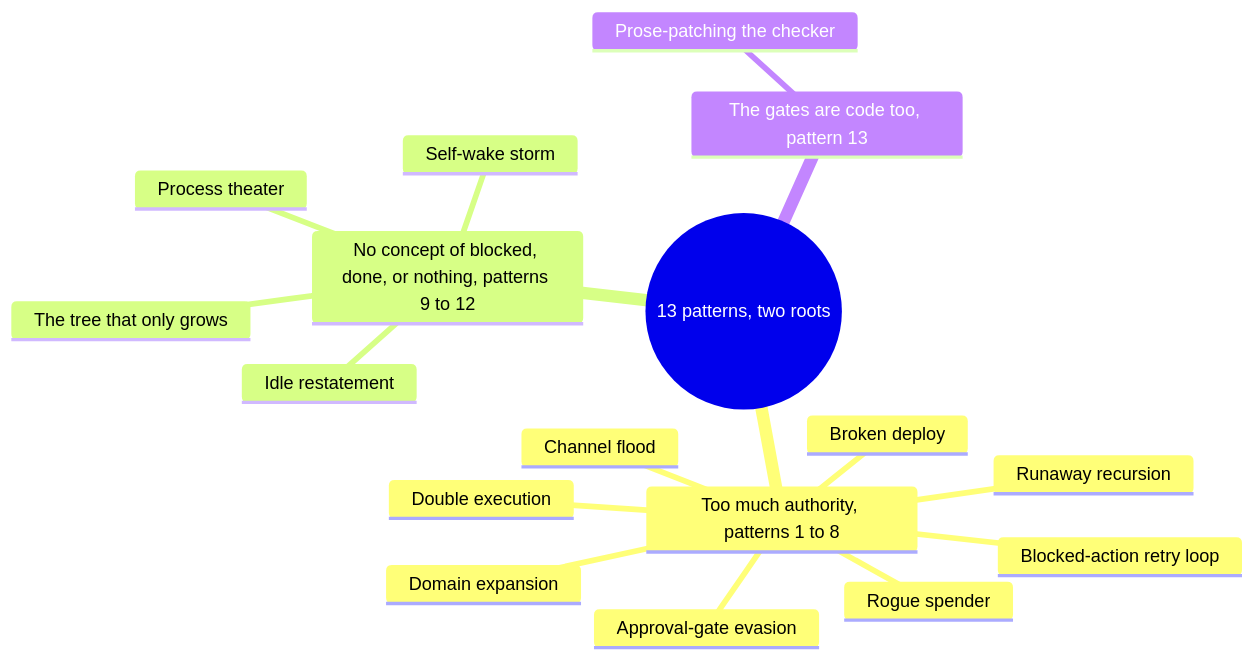
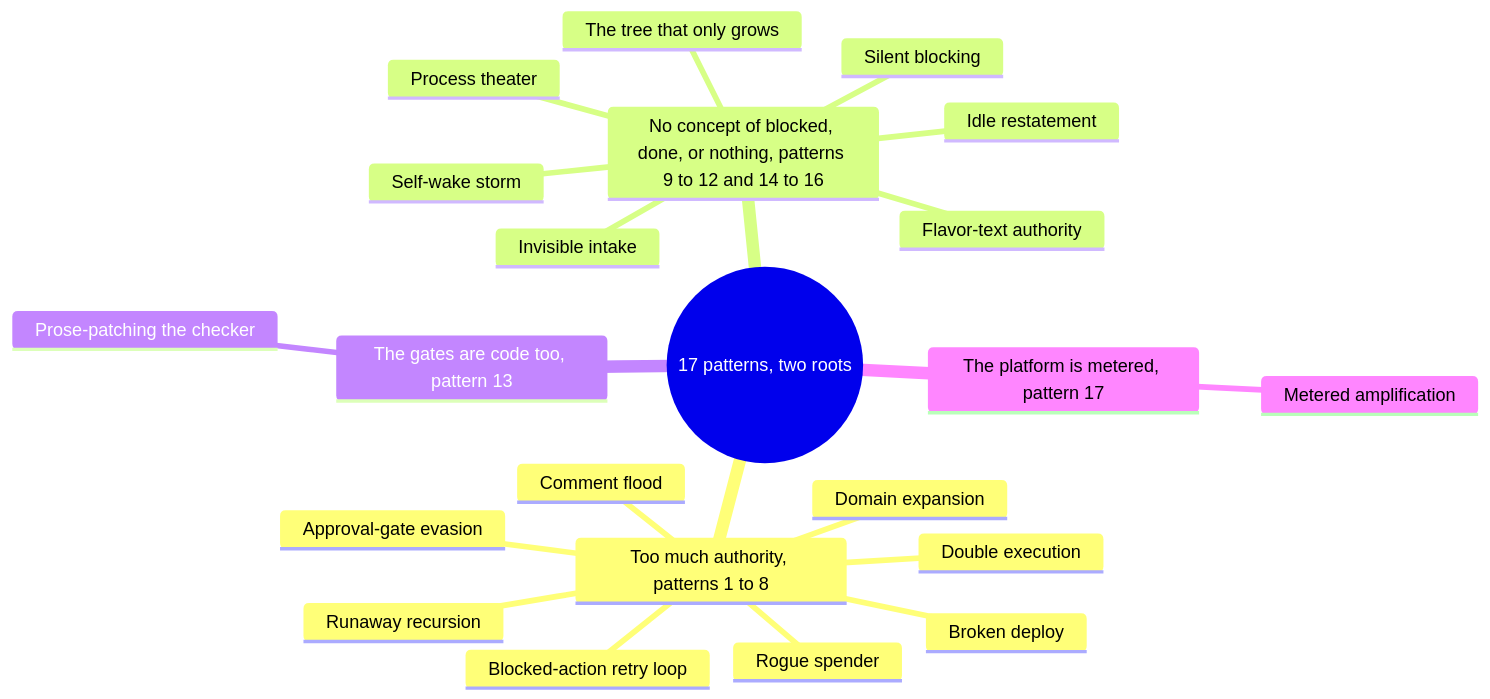
One commit to johnplantada/scrum-jail-governance-playbook changed the fifth of 10 diagrams in docs/ARCHITECTURE.md. Above: the diagram before and after it, drawn with Mermaid. The commit also changed other lines of this file and 23 other files, not shown here.

````diff
--- a/docs/ARCHITECTURE.md
+++ b/docs/ARCHITECTURE.md
@@ -213,20 +218,25 @@
 ```mermaid
 mindmap
-  root((13 patterns, two roots))
+  root((17 patterns, two roots))
     Too much authority, patterns 1 to 8
       Rogue spender
       Broken deploy
       Runaway recursion
       Blocked-action retry loop
-      Channel flood
+      Comment flood
       Domain expansion
       Double execution
       Approval-gate evasion
-    No concept of blocked, done, or nothing, patterns 9 to 12
+    No concept of blocked, done, or nothing, patterns 9 to 12 and 14 to 16
       Idle restatement
       Process theater
       Self-wake storm
       The tree that only grows
+      Silent blocking
+      Flavor-text authority
+      Invisible intake
     The gates are code too, pattern 13
       Prose-patching the checker
+    The platform is metered, pattern 17
+      Metered amplification
 ```
````
